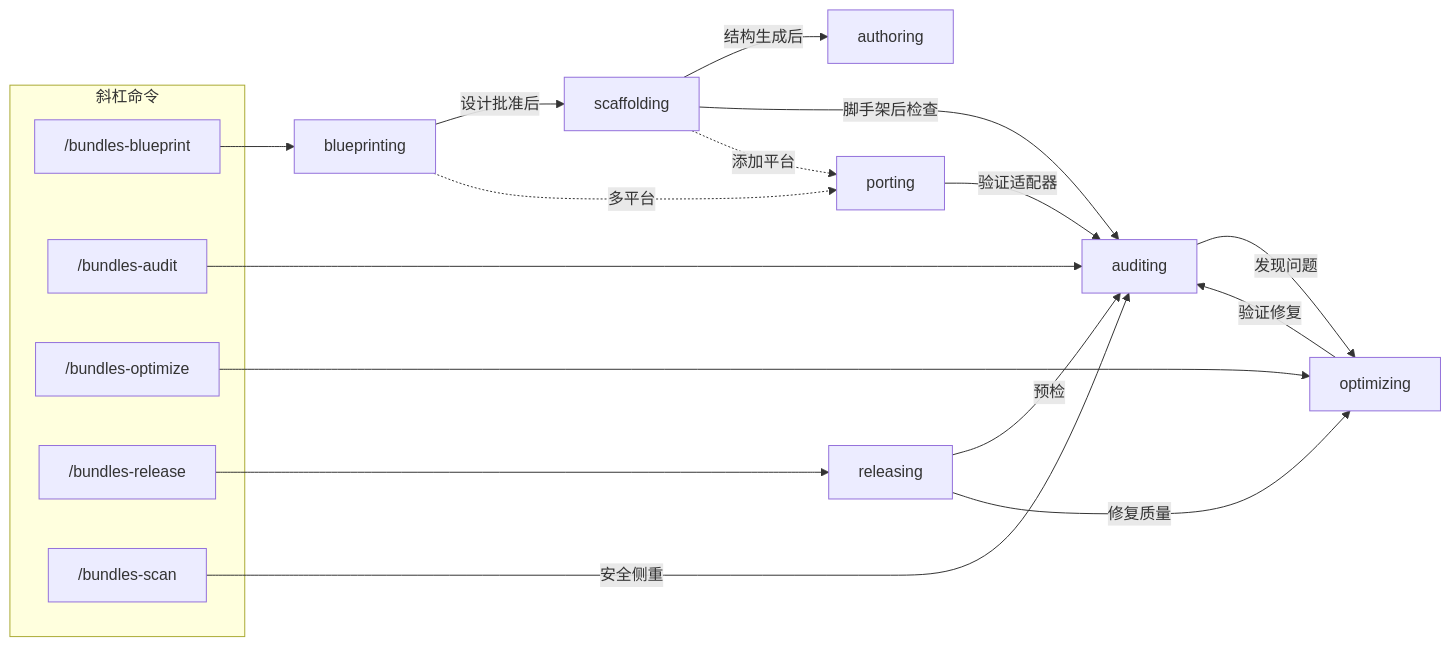
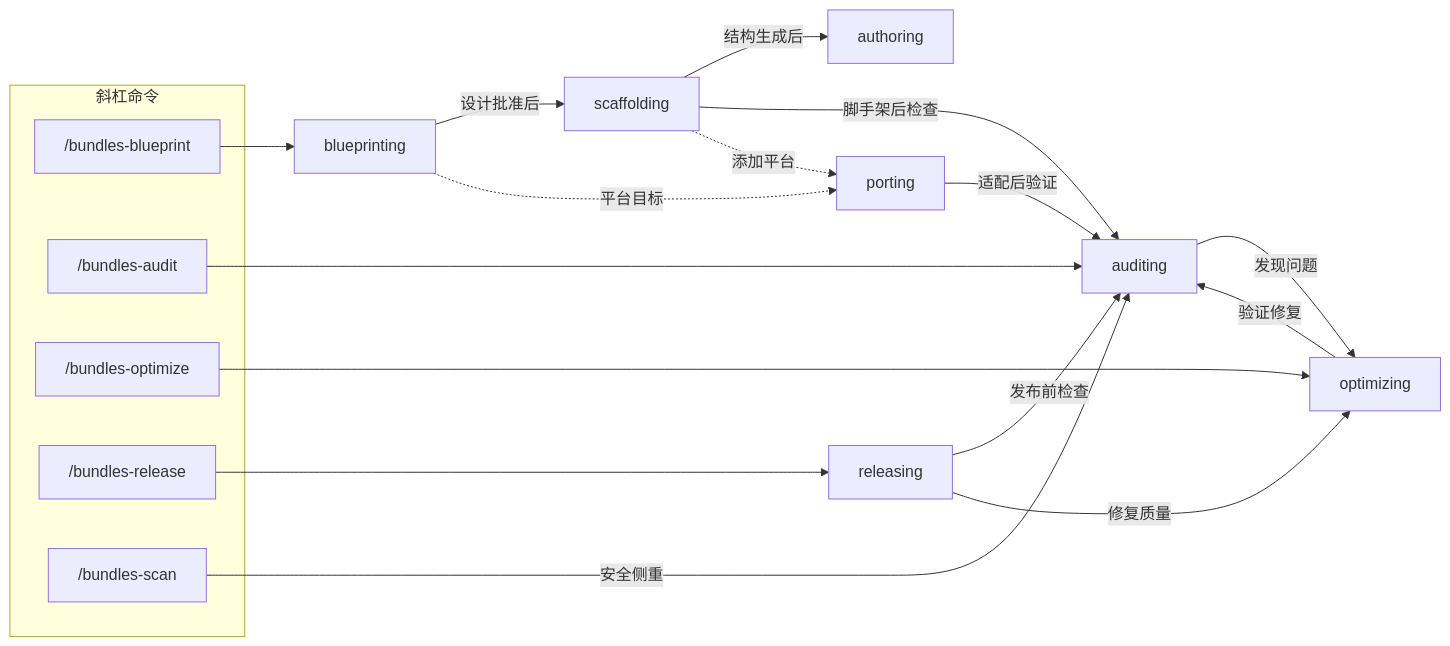
Before and after one commit to OdradekAI/skill-engineering-guide: the third of 3 diagrams in README.zh.md, drawn with Mermaid. The commit also changed other lines of this file and 13 other files, not shown here.

````diff
--- a/README.zh.md
+++ b/README.zh.md
@@ -325,27 +159,27 @@
 ```mermaid
 flowchart LR
     subgraph commands [斜杠命令]
         CMD_BP["/bundles-blueprint"]
         CMD_AU["/bundles-audit"]
         CMD_OP["/bundles-optimize"]
         CMD_RE["/bundles-release"]
         CMD_SC["/bundles-scan"]
     end
 
     CMD_BP --> blueprinting
     CMD_AU --> auditing
     CMD_OP --> optimizing
     CMD_RE --> releasing
     CMD_SC -->|"安全侧重"| auditing
 
     blueprinting -->|"设计批准后"| scaffolding
     scaffolding -->|"结构生成后"| authoring
     scaffolding -->|"脚手架后检查"| auditing
     auditing -->|"发现问题"| optimizing
     optimizing -->|"验证修复"| auditing
-    releasing -->|"预检"| auditing
+    releasing -->|"发布前检查"| auditing
     releasing -->|"修复质量"| optimizing
-    blueprinting -.->|"多平台"| porting
+    blueprinting -.->|"平台目标"| porting
     scaffolding -.->|"添加平台"| porting
-    porting -->|"验证适配器"| auditing
+    porting -->|"适配后验证"| auditing
 ```
````
